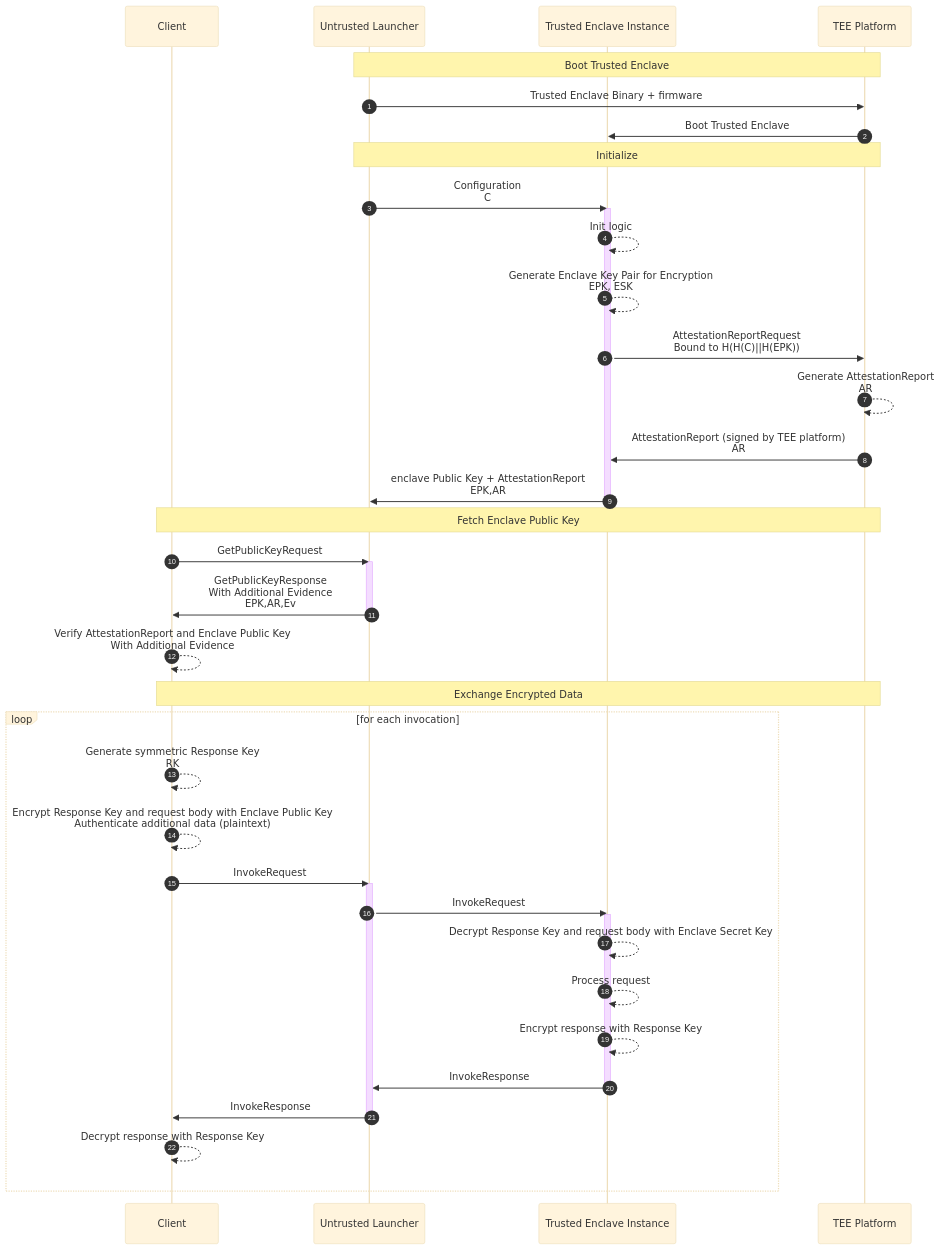
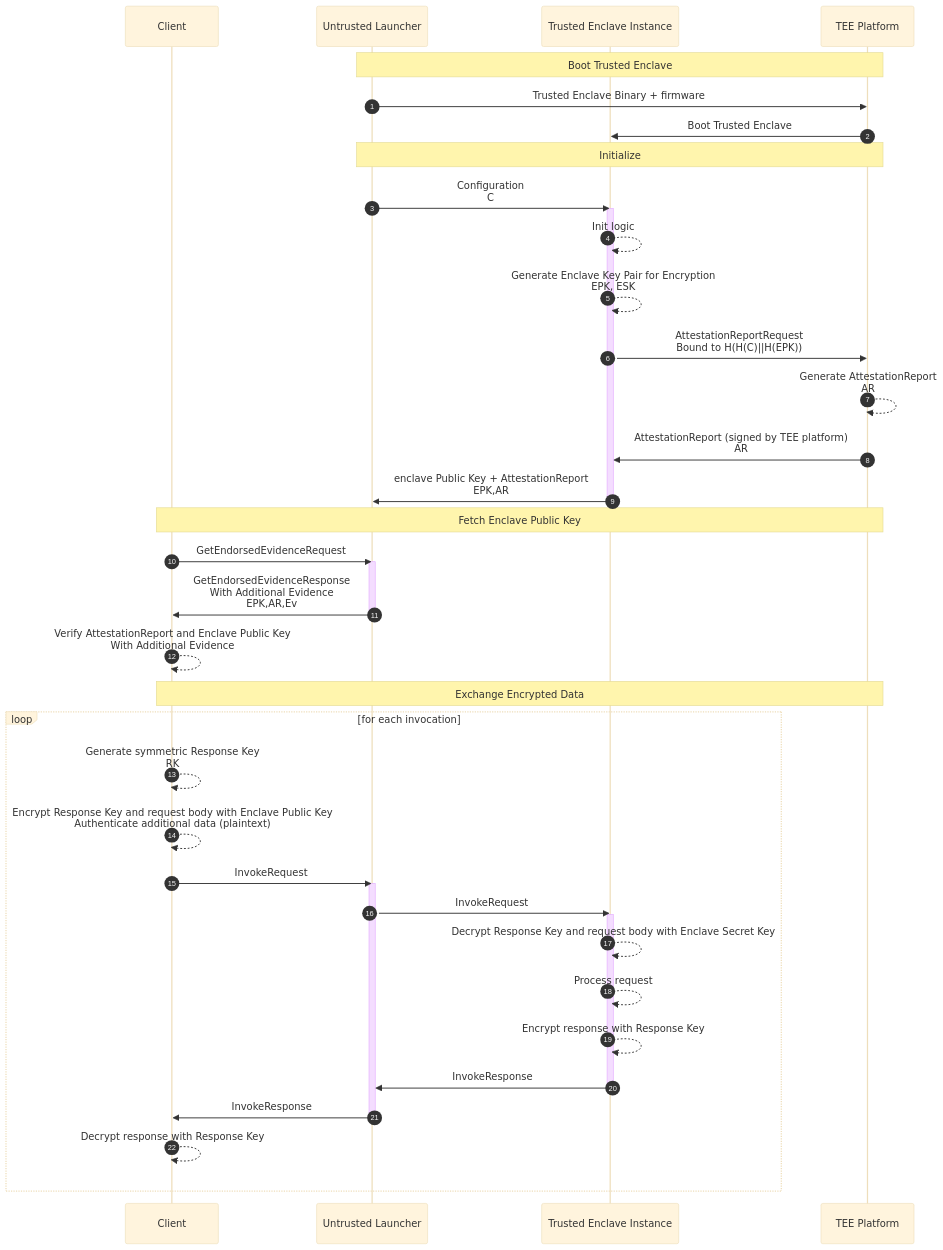
One commit to project-oak/oak changed the diagram in docs/remote-attestation.md. Above: the diagram before and after it, drawn with Mermaid (base theme). The commit also changed 10 other files, not shown here.

Commit message:
Rename `GetPublicKeyRequest` to `GetEndorsedEvidenceRequest` (#4417)

````diff
--- a/docs/remote-attestation.md
+++ b/docs/remote-attestation.md
@@ -18,54 +18,54 @@
 ```mermaid
 sequenceDiagram
 
 autonumber
 
 participant C as Client
 participant U as Untrusted Launcher
 participant T as Trusted Enclave Instance
 participant P as TEE Platform
 
 Note over U,P: Boot Trusted Enclave
 
 U->>P: Trusted Enclave Binary + firmware
 P->>T: Boot Trusted Enclave
 
 Note over U,P: Initialize
 
 U->>T: Configuration<br>C
 activate T
 T-->>T: Init logic
 T-->>T: Generate Enclave Key Pair for Encryption<br>EPK, ESK
 T->>P: AttestationReportRequest<br>Bound to H(H(C)||H(EPK))
 P-->>P: Generate AttestationReport<br>AR
 P->>T: AttestationReport (signed by TEE platform)<br>AR
 T->>U: enclave Public Key + AttestationReport<br>EPK,AR
 deactivate T
 
 Note over C,P: Fetch Enclave Public Key
 
-C->>U: GetPublicKeyRequest
+C->>U: GetEndorsedEvidenceRequest
 activate U
-U->>C: GetPublicKeyResponse<br>With Additional Evidence<br>EPK,AR,Ev
+U->>C: GetEndorsedEvidenceResponse<br>With Additional Evidence<br>EPK,AR,Ev
 deactivate U
 C-->>C: Verify AttestationReport and Enclave Public Key<br>With Additional Evidence
 
 Note over C,P: Exchange Encrypted Data
 
 loop for each invocation
    C-->>C: Generate symmetric Response Key<br>RK
    C-->>C: Encrypt Response Key and request body with Enclave Public Key<br>Authenticate additional data (plaintext)
    C->>U: InvokeRequest
    activate U
    U->>T: InvokeRequest
    activate T
    T-->>T: Decrypt Response Key and request body with Enclave Secret Key
    T-->>T: Process request
    T-->>T: Encrypt response with Response Key
    T->>U: InvokeResponse
    deactivate T
    U->>C: InvokeResponse
    deactivate U
    C-->>C: Decrypt response with Response Key
 end
 ```
````
